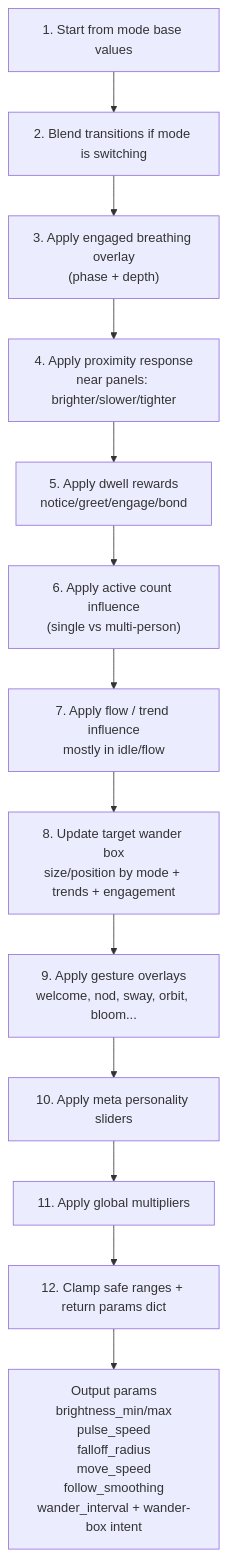
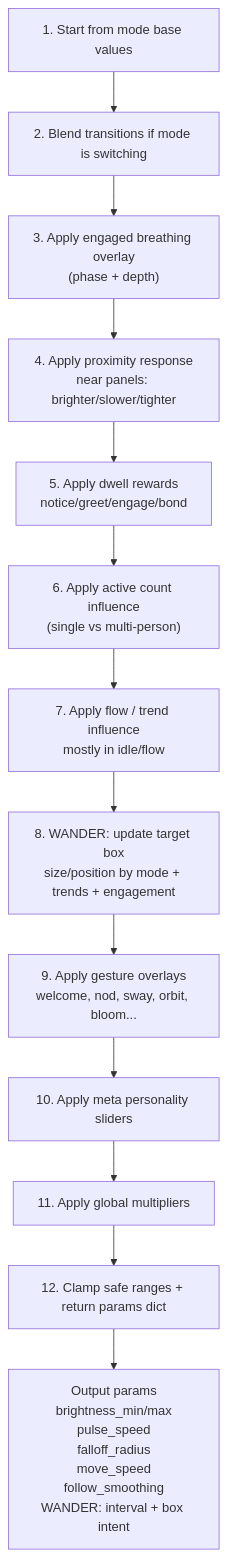
Before and after one commit to npuckett/dc-dev: the eighth of 14 diagrams in IO/CAMERA_TO_DMX_DIAGRAMS.md, drawn with Mermaid. The commit also changed other lines of this file and 1 other file, not shown here.

Commit message:
wander update

````diff
--- a/IO/CAMERA_TO_DMX_DIAGRAMS.md
+++ b/IO/CAMERA_TO_DMX_DIAGRAMS.md
@@ -225,16 +230,16 @@
 ```mermaid
 flowchart TB
     A["1. Start from mode base values"] --> B["2. Blend transitions if mode is switching"]
     B --> C["3. Apply engaged breathing overlay\n(phase + depth)"]
     C --> D["4. Apply proximity response\nnear panels: brighter/slower/tighter"]
     D --> E["5. Apply dwell rewards\nnotice/greet/engage/bond"]
     E --> F["6. Apply active count influence\n(single vs multi-person)"]
     F --> G["7. Apply flow / trend influence\nmostly in idle/flow"]
-    G --> H["8. Update target wander box\nsize/position by mode + trends + engagement"]
+    G --> H["8. WANDER: update target box\nsize/position by mode + trends + engagement"]
     H --> I["9. Apply gesture overlays\nwelcome, nod, sway, orbit, bloom..."]
     I --> J["10. Apply meta personality sliders"]
     J --> K["11. Apply global multipliers"]
     K --> L["12. Clamp safe ranges + return params dict"]
 
-    L --> OUT["Output params\nbrightness_min/max\npulse_speed\nfalloff_radius\nmove_speed\nfollow_smoothing\nwander_interval + wander-box intent"]
+    L --> OUT["Output params\nbrightness_min/max\npulse_speed\nfalloff_radius\nmove_speed\nfollow_smoothing\nWANDER: interval + box intent"]
 ```
````
